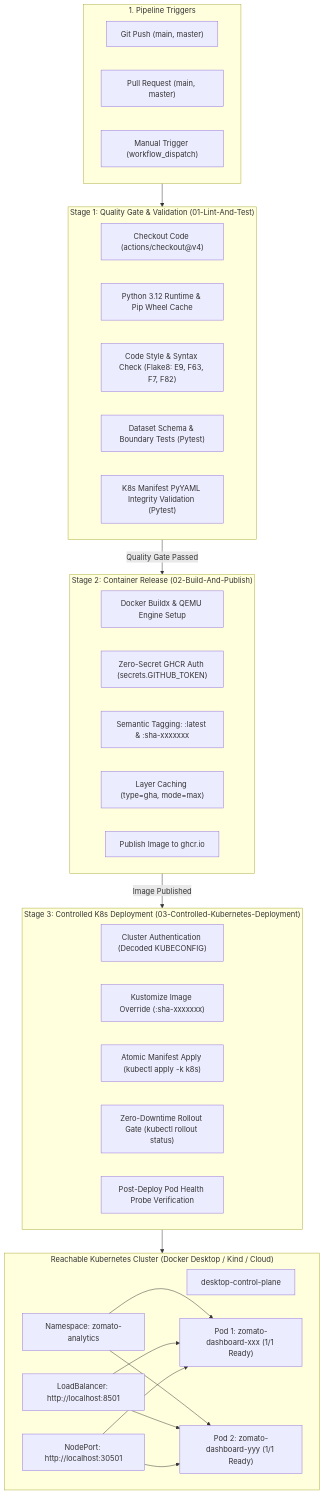
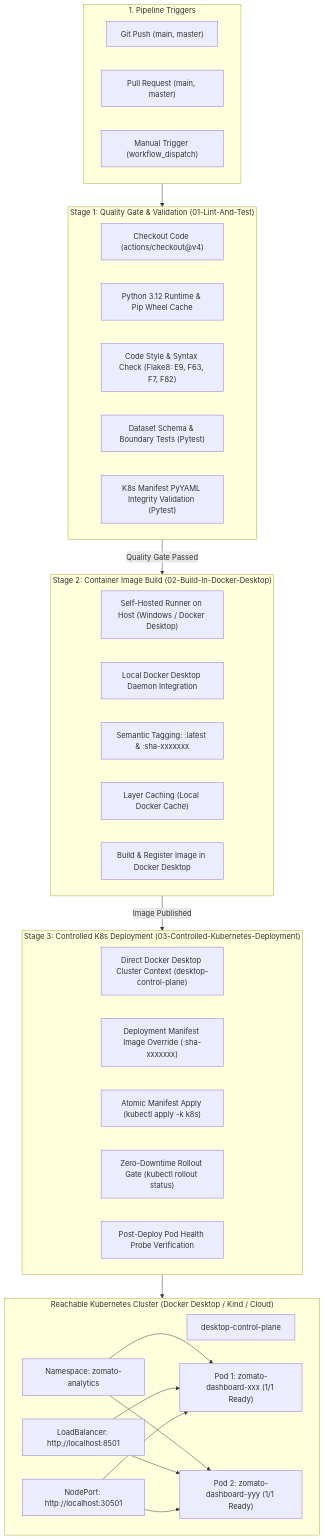
The diagram in github.md (akarshrajap/dataframe), drawn with Mermaid before and after one commit. The commit also changed 3 other files, not shown here.

Commit message:
ci: configure pipeline to build image in Docker Desktop and deploy to local K8s cluster

````diff
--- a/github.md
+++ b/github.md
@@ -47,50 +47,50 @@
 ```mermaid
 flowchart TD
     subgraph Triggers["1. Pipeline Triggers"]
         P1["Git Push (main, master)"]
         P2["Pull Request (main, master)"]
         P3["Manual Trigger (workflow_dispatch)"]
     end
 
     subgraph Stage1["Stage 1: Quality Gate & Validation (01-Lint-And-Test)"]
         C1["Checkout Code (actions/checkout@v4)"]
         C2["Python 3.12 Runtime & Pip Wheel Cache"]
         C3["Code Style & Syntax Check (Flake8: E9, F63, F7, F82)"]
         C4["Dataset Schema & Boundary Tests (Pytest)"]
         C5["K8s Manifest PyYAML Integrity Validation (Pytest)"]
     end
 
-    subgraph Stage2["Stage 2: Container Release (02-Build-And-Publish)"]
-        B1["Docker Buildx & QEMU Engine Setup"]
-        B2["Zero-Secret GHCR Auth (secrets.GITHUB_TOKEN)"]
+    subgraph Stage2["Stage 2: Container Image Build (02-Build-In-Docker-Desktop)"]
+        B1["Self-Hosted Runner on Host (Windows / Docker Desktop)"]
+        B2["Local Docker Desktop Daemon Integration"]
         B3["Semantic Tagging: :latest & :sha-xxxxxxx"]
-        B4["Layer Caching (type=gha, mode=max)"]
-        B5["Publish Image to ghcr.io"]
+        B4["Layer Caching (Local Docker Cache)"]
+        B5["Build & Register Image in Docker Desktop"]
     end
 
     subgraph Stage3["Stage 3: Controlled K8s Deployment (03-Controlled-Kubernetes-Deployment)"]
-        D1["Cluster Authentication (Decoded KUBECONFIG)"]
-        D2["Kustomize Image Override (:sha-xxxxxxx)"]
+        D1["Direct Docker Desktop Cluster Context (desktop-control-plane)"]
+        D2["Deployment Manifest Image Override (:sha-xxxxxxx)"]
         D3["Atomic Manifest Apply (kubectl apply -k k8s)"]
         D4["Zero-Downtime Rollout Gate (kubectl rollout status)"]
         D5["Post-Deploy Pod Health Probe Verification"]
     end
 
     subgraph Cluster["Reachable Kubernetes Cluster (Docker Desktop / Kind / Cloud)"]
         Node["desktop-control-plane"]
         NS["Namespace: zomato-analytics"]
         Pod1["Pod 1: zomato-dashboard-xxx (1/1 Ready)"]
         Pod2["Pod 2: zomato-dashboard-yyy (1/1 Ready)"]
         LB["LoadBalancer: http://localhost:8501"]
         NP["NodePort: http://localhost:30501"]
     end
 
     Triggers --> Stage1
     Stage1 -->|Quality Gate Passed| Stage2
     Stage2 -->|Image Published| Stage3
     Stage3 --> Cluster
     NS --> Pod1
     NS --> Pod2
     LB --> Pod1 & Pod2
     NP --> Pod1 & Pod2
 ```
````
